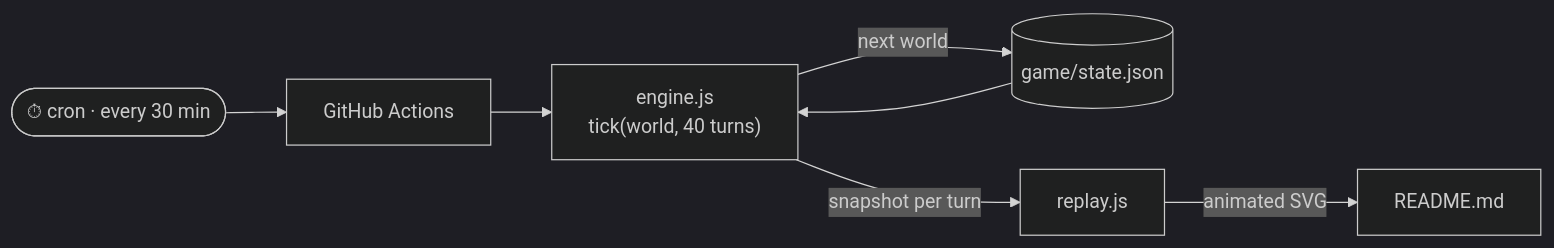
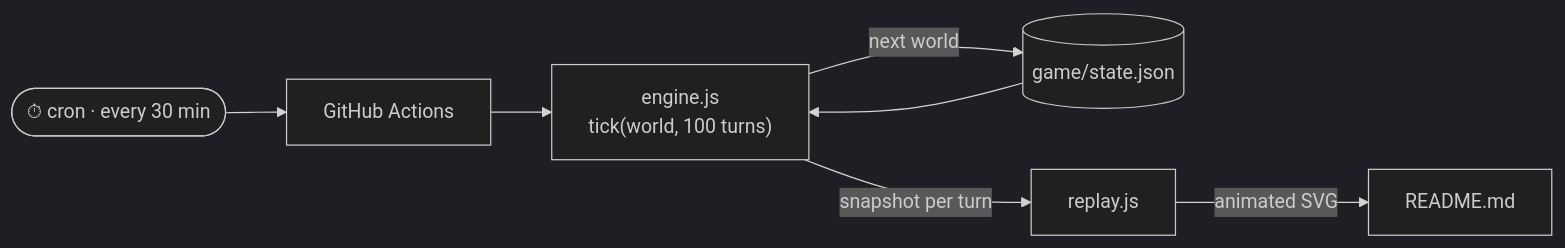
Before and after one commit to abhrajyoti-01/abhrajyoti-01: the diagram in README.md, drawn with Mermaid (dark theme). The commit also changed other lines of this file and 5 other files, not shown here.

````diff
--- a/README.md
+++ b/README.md
@@ -104,9 +104,9 @@
 ```mermaid
 flowchart LR
     cron(["⏱ cron · every 30 min"]) --> job["GitHub Actions"]
-    state[("game/state.json")] --> engine["engine.js<br/>tick(world, 40 turns)"]
+    state[("game/state.json")] --> engine["engine.js<br/>tick(world, 100 turns)"]
     job --> engine
     engine -->|next world| state
     engine -->|snapshot per turn| replay["replay.js"]
     replay -->|animated SVG| readme["README.md"]
 ```
````
